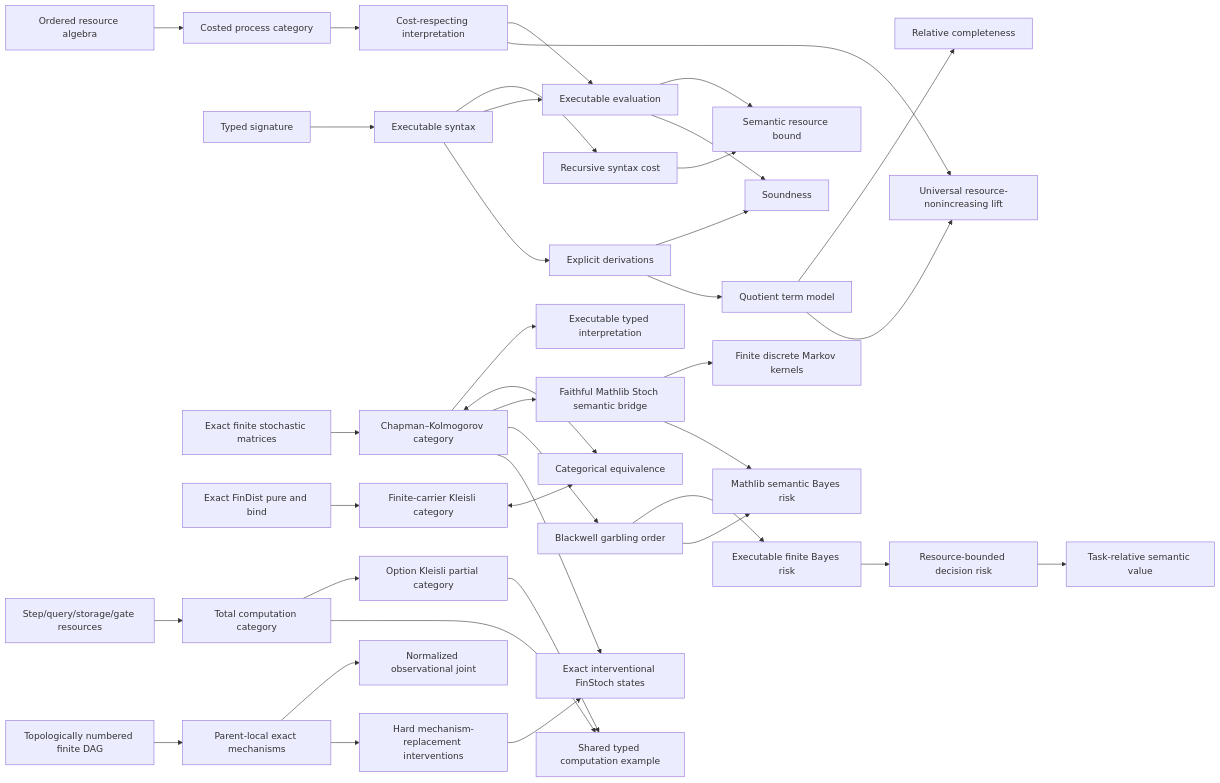
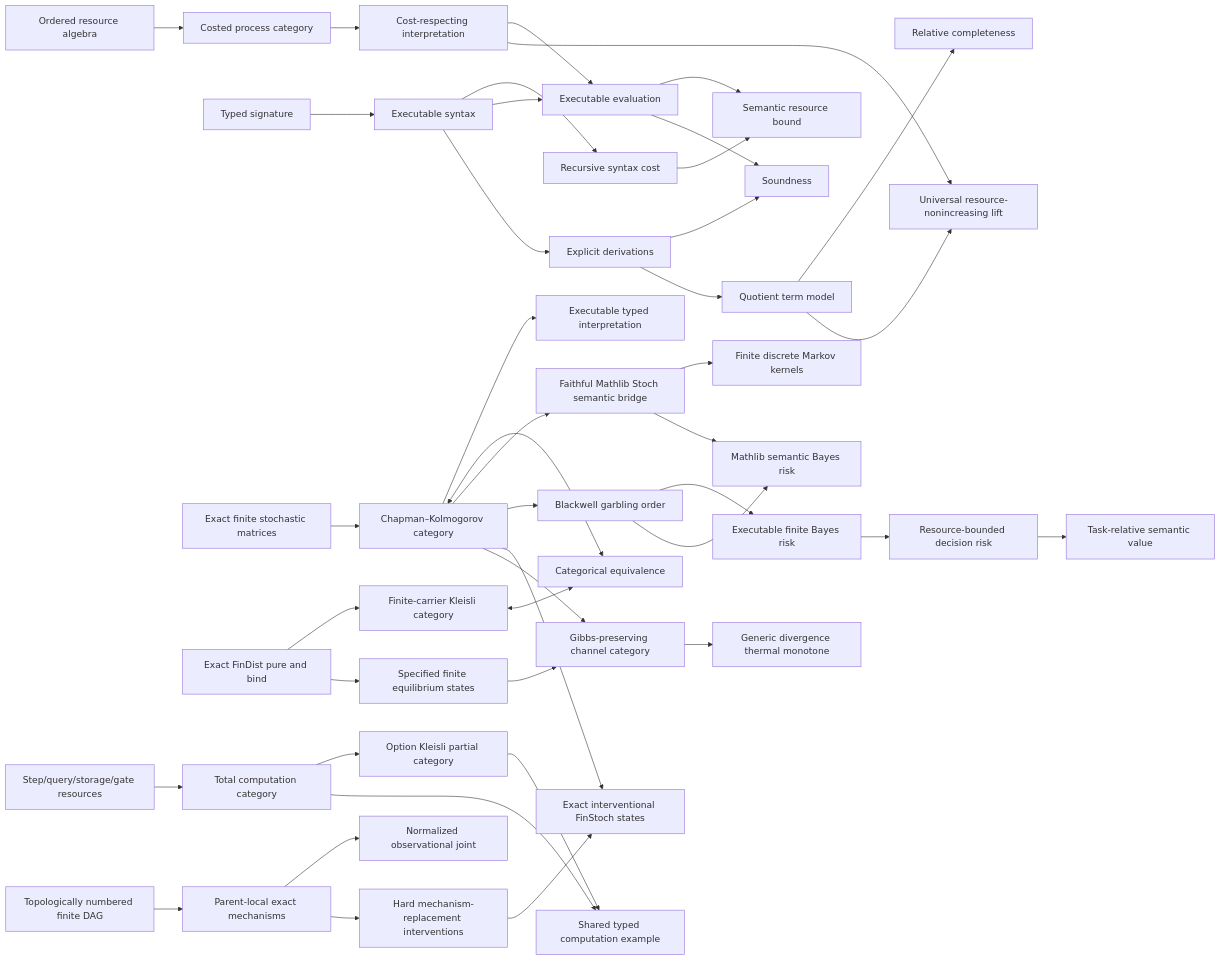
Before and after one commit to miuchan/ript: the diagram in README.md, drawn with Mermaid. The commit also changed other lines of this file and 13 other files, not shown here.

Commit message:
Formalize finite thermal processes

````diff
--- a/README.md
+++ b/README.md
@@ -437,40 +481,44 @@
 ```mermaid
 flowchart LR
   R["Ordered resource algebra"] --> C["Costed process category"]
   S["Typed signature"] --> X["Executable syntax"]
   X --> K["Recursive syntax cost"]
   C --> I["Cost-respecting interpretation"]
   X --> E["Executable evaluation"]
   I --> E
   K --> B["Semantic resource bound"]
   E --> B
   X --> D["Explicit derivations"]
   D --> SO["Soundness"]
   E --> SO
   D --> T["Quotient term model"]
   T --> CO["Relative completeness"]
   I --> U["Universal resource-nonincreasing lift"]
   T --> U
   F["Exact finite stochastic matrices"] --> CK["Chapman–Kolmogorov category"]
   CK --> EX["Executable typed interpretation"]
   FD["Exact FinDist pure and bind"] --> KL["Finite-carrier Kleisli category"]
   CK <--> EQ["Categorical equivalence"]
   KL <--> EQ
   CK --> ST["Faithful Mathlib Stoch semantic bridge"]
   ST --> MT["Finite discrete Markov kernels"]
   CK --> BW["Blackwell garbling order"]
   ST --> SB["Mathlib semantic Bayes risk"]
   BW --> FR["Executable finite Bayes risk"]
   FR --> RR["Resource-bounded decision risk"]
   RR --> SV["Task-relative semantic value"]
   BW --> SB
   CR["Step/query/storage/gate resources"] --> TC["Total computation category"]
   TC --> PC["Option Kleisli partial category"]
   TC --> CE["Shared typed computation example"]
   PC --> CE
   DAG["Topologically numbered finite DAG"] --> CM["Parent-local exact mechanisms"]
   CM --> IJ["Normalized observational joint"]
   CM --> DO["Hard mechanism-replacement interventions"]
   DO --> IS["Exact interventional FinStoch states"]
   CK --> IS
+  FD --> TE["Specified finite equilibrium states"]
+  CK --> GP["Gibbs-preserving channel category"]
+  TE --> GP
+  GP --> TM["Generic divergence thermal monotone"]
 ```
````
